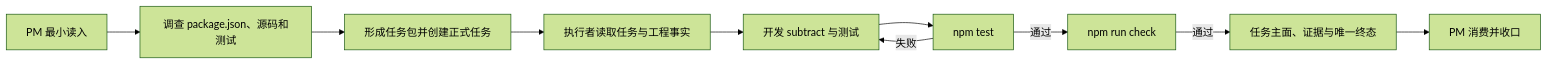
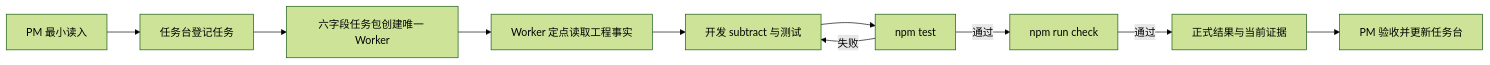
The diagram in docs/快速开始.md (adubeyond/beyond-ai-collaboration), drawn with Mermaid (forest theme) before and after one commit. The commit also changed other lines of this file and 82 other files, not shown here.

````diff
--- a/docs/快速开始.md
+++ b/docs/快速开始.md
@@ -104,12 +104,12 @@
 ```mermaid
 flowchart LR
-    A["PM 最小读入"] --> B["调查 package.json、源码和测试"]
-    B --> C["形成任务包并创建正式任务"]
-    C --> D["执行者读取任务与工程事实"]
+    A["PM 最小读入"] --> B["任务台登记任务"]
+    B --> C["六字段任务包创建唯一 Worker"]
+    C --> D["Worker 定点读取工程事实"]
     D --> E["开发 subtract 与测试"]
     E --> F["npm test"]
     F -->|"失败"| E
     F -->|"通过"| G["npm run check"]
-    G -->|"通过"| H["任务主面、证据与唯一终态"]
-    H --> I["PM 消费并收口"]
+    G -->|"通过"| H["正式结果与当前证据"]
+    H --> I["PM 验收并更新任务台"]
 ```
````
